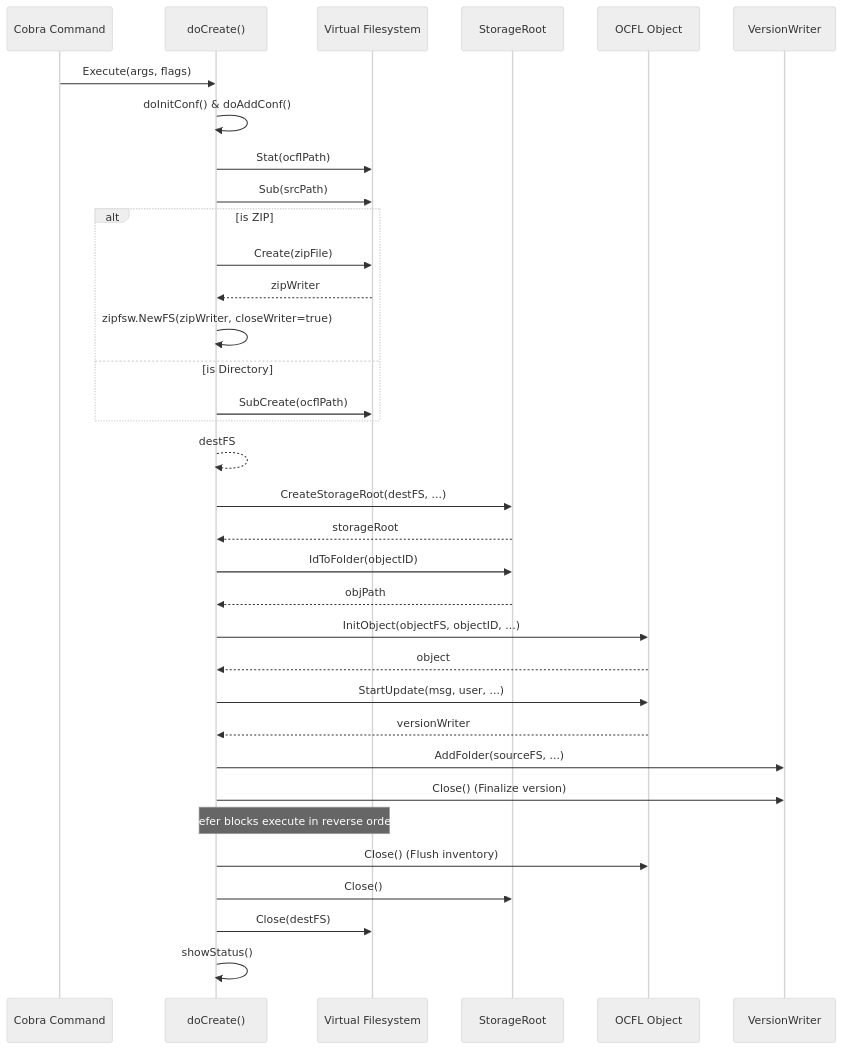
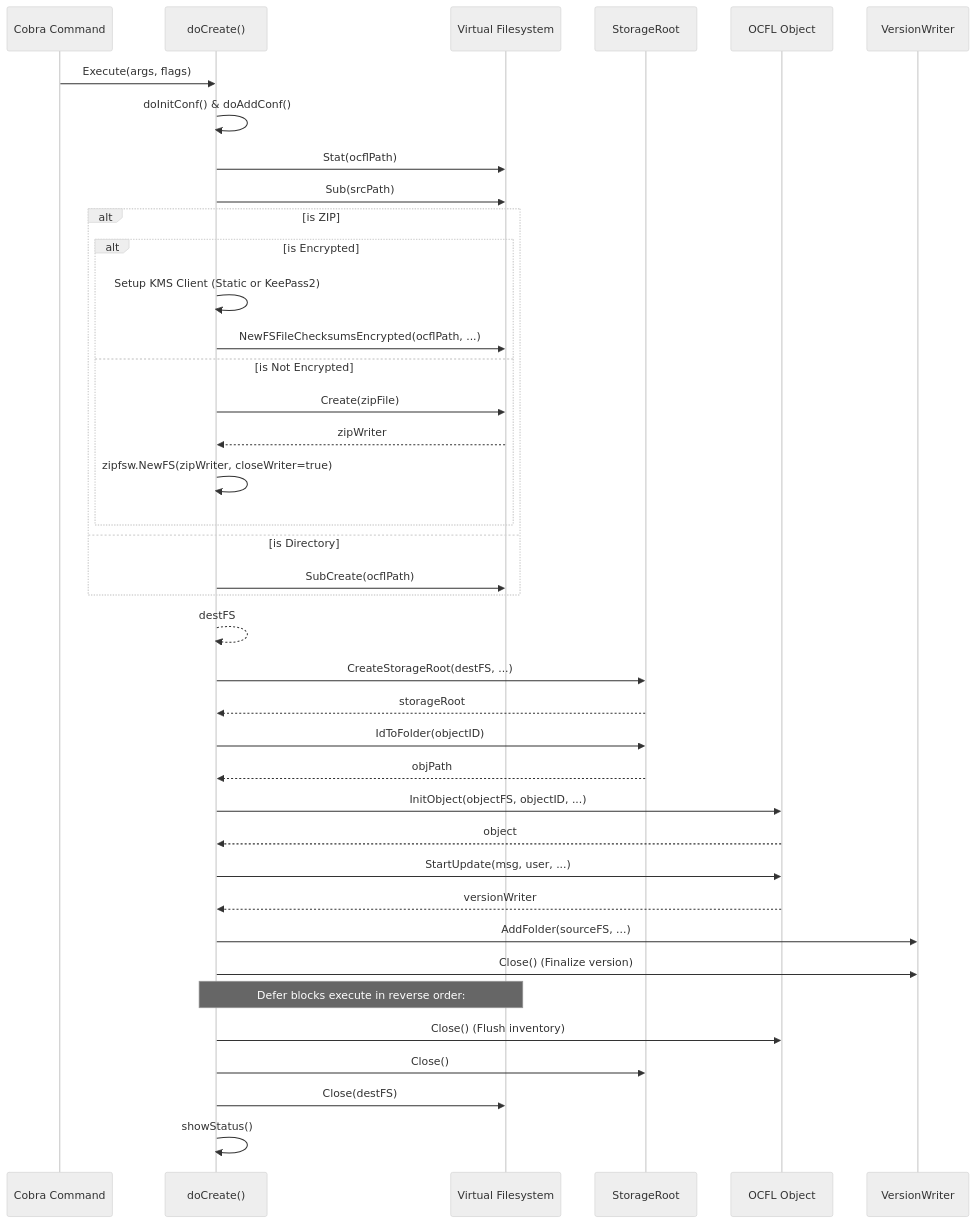
Before and after one commit to ocfl-archive/gocfl-cli: the first of 2 diagrams in gocfl/cmd/docs/create.md, drawn with Mermaid (neutral theme). The commit also changed other lines of this file, not shown here.

Commit message:
Enhance `create` command: Add AES-encrypted ZIP support with KMS integration, update documentation to reflect changes, and refine sequence diagrams.

````diff
--- a/gocfl/cmd/docs/create.md
+++ b/gocfl/cmd/docs/create.md
@@ -30,45 +33,50 @@
 ```mermaid
 sequenceDiagram
     participant CLI as Cobra Command
     participant DC as doCreate()
     participant VFS as Virtual Filesystem
     participant SR as StorageRoot
     participant OBJ as OCFL Object
     participant VW as VersionWriter
 
     CLI->>DC: Execute(args, flags)
     DC->>DC: doInitConf() & doAddConf()
     DC->>VFS: Stat(ocflPath)
     DC->>VFS: Sub(srcPath)
     
     alt is ZIP
-        DC->>VFS: Create(zipFile)
-        VFS-->>DC: zipWriter
-        DC->>DC: zipfsw.NewFS(zipWriter, closeWriter=true)
+        alt is Encrypted
+            DC->>DC: Setup KMS Client (Static or KeePass2)
+            DC->>VFS: NewFSFileChecksumsEncrypted(ocflPath, ...)
+        else is Not Encrypted
+            DC->>VFS: Create(zipFile)
+            VFS-->>DC: zipWriter
+            DC->>DC: zipfsw.NewFS(zipWriter, closeWriter=true)
+        end
     else is Directory
         DC->>VFS: SubCreate(ocflPath)
     end
     DC-->>DC: destFS
 
     DC->>SR: CreateStorageRoot(destFS, ...)
     SR-->>DC: storageRoot
     
     DC->>SR: IdToFolder(objectID)
     SR-->>DC: objPath
     
     DC->>OBJ: InitObject(objectFS, objectID, ...)
     OBJ-->>DC: object
     
     DC->>OBJ: StartUpdate(msg, user, ...)
     OBJ-->>DC: versionWriter
     
     DC->>VW: AddFolder(sourceFS, ...)
     DC->>VW: Close() (Finalize version)
     
     Note over DC, VFS: Defer blocks execute in reverse order:
     DC->>OBJ: Close() (Flush inventory)
     DC->>SR: Close()
     DC->>VFS: Close(destFS)
     
     DC->>DC: showStatus()
 ```
````
